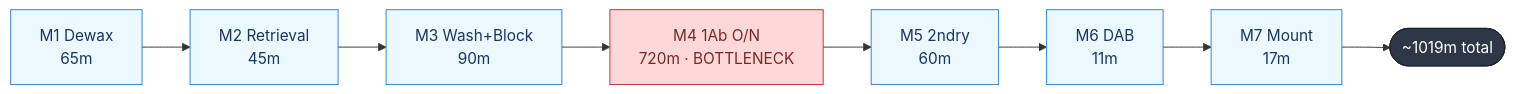
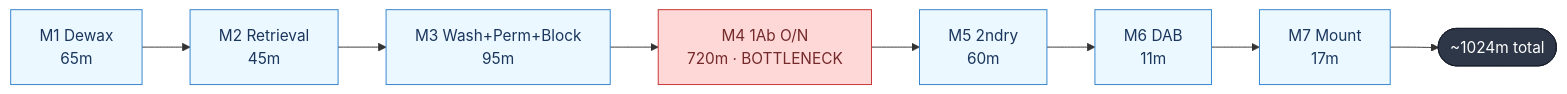
Before and after one commit to yxiaoimmun-art/SLab.jl: the fifth of 7 diagrams in ihc_system_operation.md, drawn with Mermaid. The commit also changed other lines of this file, not shown here.

````diff
--- a/ihc_system_operation.md
+++ b/ihc_system_operation.md
@@ -504,14 +520,14 @@
 ```mermaid
 flowchart LR
     CP1["M1 Dewax<br/>65m"]:::cp --> CP2["M2 Retrieval<br/>45m"]:::cp
-    CP2 --> CP3["M3 Wash+Block<br/>90m"]:::cp
+    CP2 --> CP3["M3 Wash+Perm+Block<br/>95m"]:::cp
     CP3 --> CP4["M4 1Ab O/N<br/>720m · BOTTLENECK"]:::cpHot
     CP4 --> CP5["M5 2ndry<br/>60m"]:::cp
     CP5 --> CP6["M6 DAB<br/>11m"]:::cp
     CP6 --> CP7["M7 Mount<br/>17m"]:::cp
-    CP7 --> DONE([~1019m total]):::startEnd
+    CP7 --> DONE([~1024m total]):::startEnd
 
     classDef cp fill:#ebf8ff,stroke:#3182ce,color:#1a365d
     classDef cpHot fill:#fed7d7,stroke:#c53030,color:#742a2a
     classDef startEnd fill:#2d3748,stroke:#1a202c,color:#fff
 ```
````
